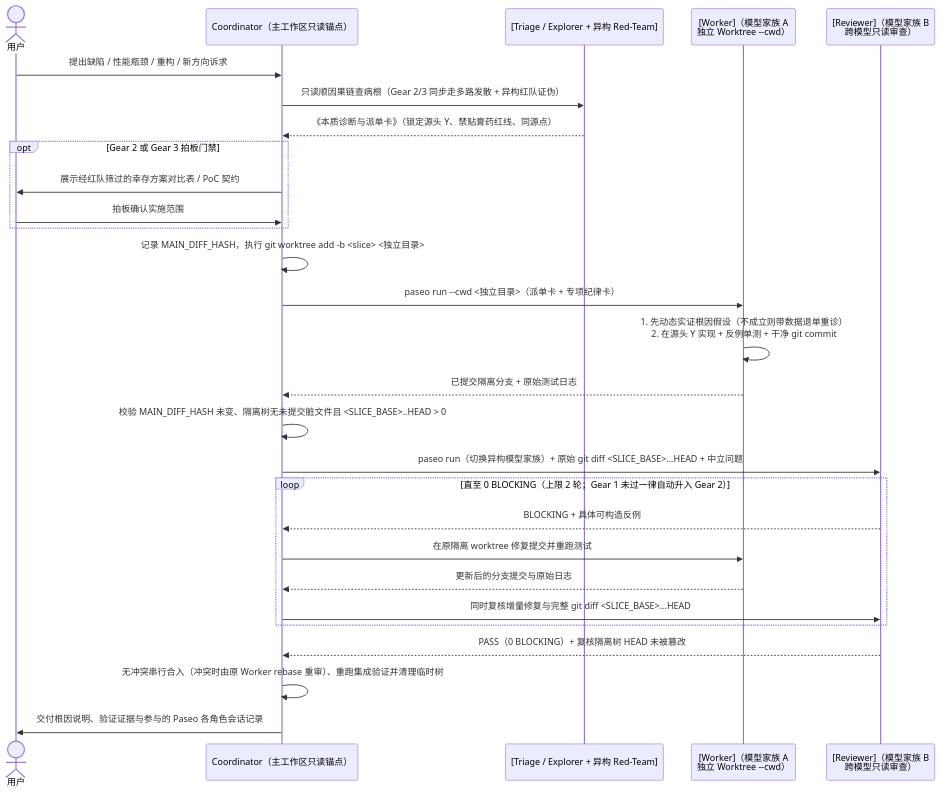
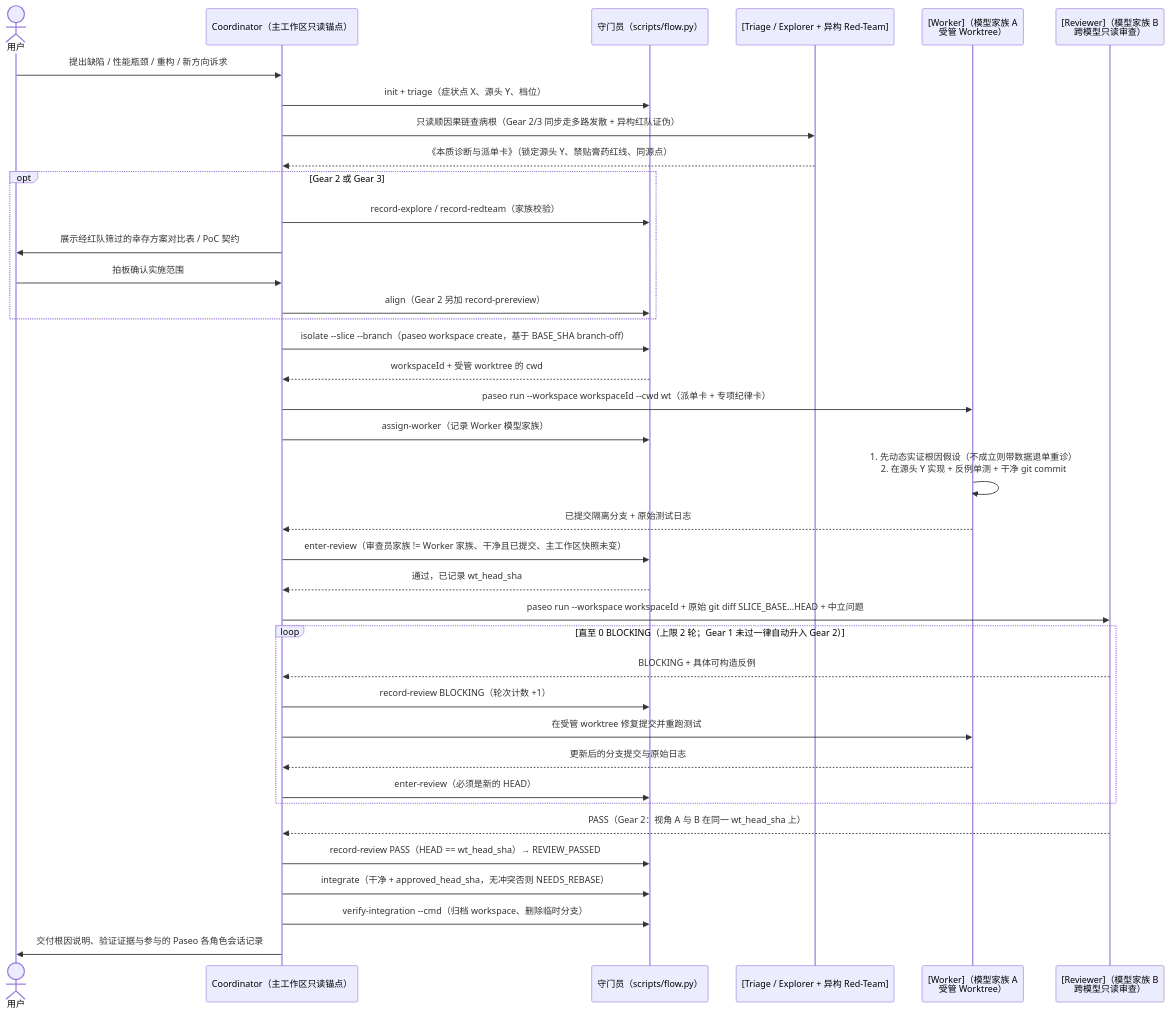
One commit to Scrates1/paseo-engineering changed the diagram in README.zh-CN.md. Above: the diagram before and after it, drawn with Mermaid. The commit also changed other lines of this file and 7 other files, not shown here.

````diff
--- a/README.zh-CN.md
+++ b/README.zh-CN.md
@@ -57,31 +89,41 @@
 ```mermaid
 sequenceDiagram
     actor User as 用户
     participant Coord as Coordinator（主工作区只读锚点）
+    participant Gate as 守门员（scripts/flow.py）
     participant Triage as [Triage / Explorer + 异构 Red-Team]
-    participant Worker as [Worker]（模型家族 A<br/>独立 Worktree --cwd）
+    participant Worker as [Worker]（模型家族 A<br/>受管 Worktree）
     participant Rev as [Reviewer]（模型家族 B<br/>跨模型只读审查）
 
     User->>Coord: 提出缺陷 / 性能瓶颈 / 重构 / 新方向诉求
+    Coord->>Gate: init + triage（症状点 X、源头 Y、档位）
     Coord->>Triage: 只读顺因果链查病根（Gear 2/3 同步走多路发散 + 异构红队证伪）
     Triage-->>Coord: 《本质诊断与派单卡》（锁定源头 Y、禁贴膏药红线、同源点）
-    opt Gear 2 或 Gear 3 拍板门禁
+    opt Gear 2 或 Gear 3
+        Coord->>Gate: record-explore / record-redteam（家族校验）
         Coord->>User: 展示经红队筛过的幸存方案对比表 / PoC 契约
         User->>Coord: 拍板确认实施范围
+        Coord->>Gate: align（Gear 2 另加 record-prereview）
     end
-    Coord->>Coord: 记录 MAIN_DIFF_HASH，执行 git worktree add -b <slice> <独立目录>
-    Coord->>Worker: paseo run --cwd <独立目录>（派单卡 + 专项纪律卡）
+    Coord->>Gate: isolate --slice --branch（paseo workspace create，基于 BASE_SHA branch-off）
+    Gate-->>Coord: workspaceId + 受管 worktree 的 cwd
+    Coord->>Worker: paseo run --workspace workspaceId --cwd wt（派单卡 + 专项纪律卡）
+    Coord->>Gate: assign-worker（记录 Worker 模型家族）
     Worker->>Worker: 1. 先动态实证根因假设（不成立则带数据退单重诊）<br/>2. 在源头 Y 实现 + 反例单测 + 干净 git commit
     Worker-->>Coord: 已提交隔离分支 + 原始测试日志
-    Coord->>Coord: 校验 MAIN_DIFF_HASH 未变、隔离树无未提交脏文件且 <SLICE_BASE>..HEAD > 0
-    Coord->>Rev: paseo run（切换异构模型家族）+ 原始 git diff <SLICE_BASE>...HEAD + 中立问题
+    Coord->>Gate: enter-review（审查员家族 != Worker 家族、干净且已提交、主工作区快照未变）
+    Gate-->>Coord: 通过，已记录 wt_head_sha
+    Coord->>Rev: paseo run --workspace workspaceId + 原始 git diff SLICE_BASE...HEAD + 中立问题
     loop 直至 0 BLOCKING（上限 2 轮；Gear 1 未过一律自动升入 Gear 2）
         Rev-->>Coord: BLOCKING + 具体可构造反例
-        Coord->>Worker: 在原隔离 worktree 修复提交并重跑测试
+        Coord->>Gate: record-review BLOCKING（轮次计数 +1）
+        Coord->>Worker: 在受管 worktree 修复提交并重跑测试
         Worker-->>Coord: 更新后的分支提交与原始日志
-        Coord->>Rev: 同时复核增量修复与完整 git diff <SLICE_BASE>...HEAD
+        Coord->>Gate: enter-review（必须是新的 HEAD）
     end
-    Rev-->>Coord: PASS（0 BLOCKING）+ 复核隔离树 HEAD 未被篡改
-    Coord->>Coord: 无冲突串行合入（冲突时由原 Worker rebase 重审）、重跑集成验证并清理临时树
+    Rev-->>Coord: PASS（Gear 2：视角 A 与 B 在同一 wt_head_sha 上）
+    Coord->>Gate: record-review PASS（HEAD == wt_head_sha）→ REVIEW_PASSED
+    Coord->>Gate: integrate（干净 + approved_head_sha，无冲突否则 NEEDS_REBASE）
+    Coord->>Gate: verify-integration --cmd（归档 workspace、删除临时分支）
     Coord->>User: 交付根因说明、验证证据与参与的 Paseo 各角色会话记录
 ```
````
